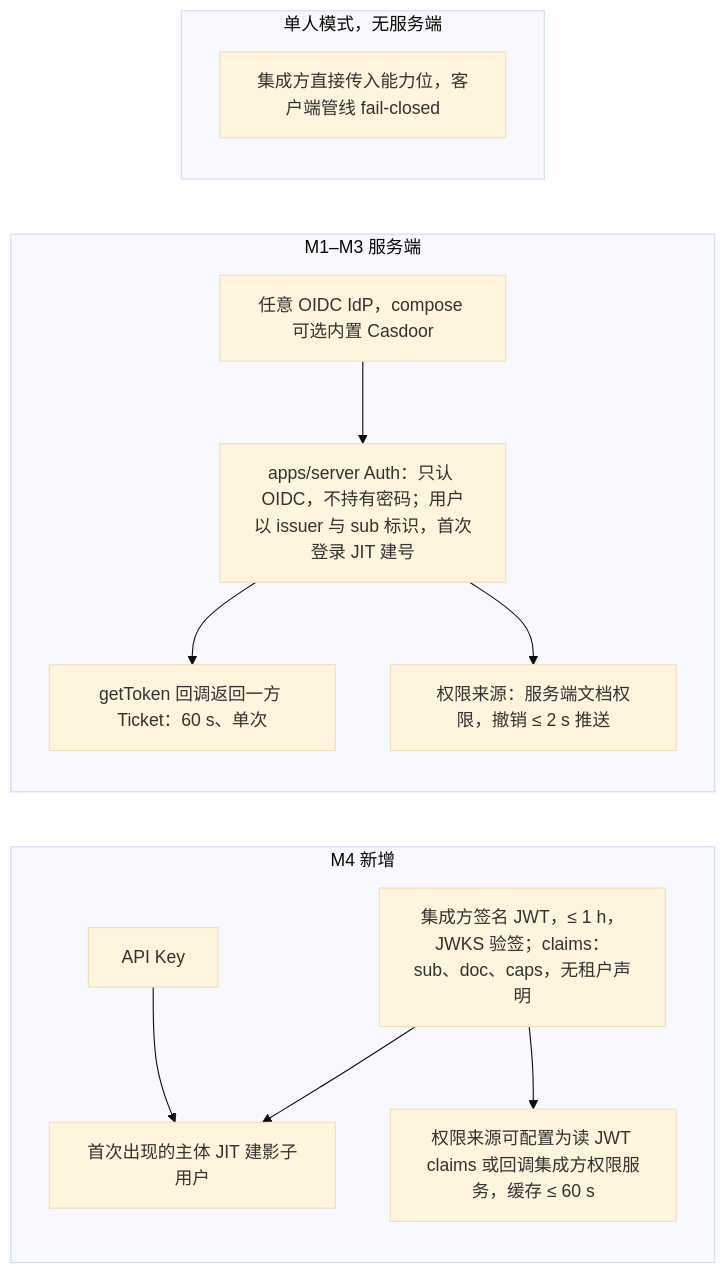
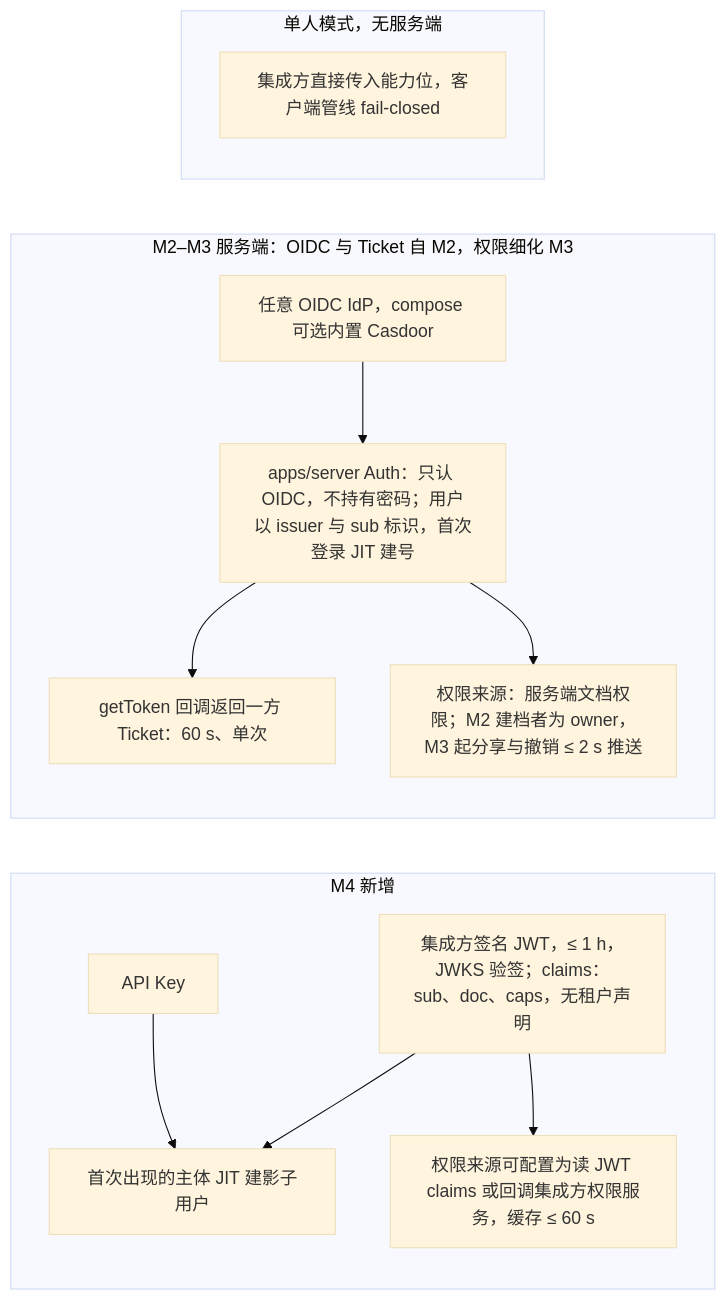
Before and after one commit to Xeonice/cordis-ppt-editor: the fourth of 6 diagrams in docs/10-prd/03-features/05-embedding-and-integration.md, drawn with Mermaid (base theme). The commit also changed other lines of this file and 79 other files, not shown here.

````diff
--- a/docs/10-prd/03-features/05-embedding-and-integration.md
+++ b/docs/10-prd/03-features/05-embedding-and-integration.md
@@ -127,23 +127,23 @@
 ```mermaid
 flowchart LR
   subgraph m4["M4 新增"]
     jwt["集成方签名 JWT，≤ 1 h，JWKS 验签；claims：sub、doc、caps，无租户声明"]
     apikey["API Key"]
     shadow["首次出现的主体 JIT 建影子用户"]
     perm4["权限来源可配置为读 JWT claims 或回调集成方权限服务，缓存 ≤ 60 s"]
   end
-  subgraph m3["M1–M3 服务端"]
+  subgraph m3["M2–M3 服务端：OIDC 与 Ticket 自 M2，权限细化 M3"]
     idp["任意 OIDC IdP，compose 可选内置 Casdoor"]
     auth["apps/server Auth：只认 OIDC，不持有密码；用户以 issuer 与 sub 标识，首次登录 JIT 建号"]
     ticket["getToken 回调返回一方 Ticket：60 s、单次"]
-    perm["权限来源：服务端文档权限，撤销 ≤ 2 s 推送"]
+    perm["权限来源：服务端文档权限；M2 建档者为 owner，M3 起分享与撤销 ≤ 2 s 推送"]
   end
   subgraph single["单人模式，无服务端"]
     caps["集成方直接传入能力位，客户端管线 fail-closed"]
   end
   idp --> auth --> ticket
   auth --> perm
   jwt --> shadow
   apikey --> shadow
   jwt --> perm4
 ```
````
